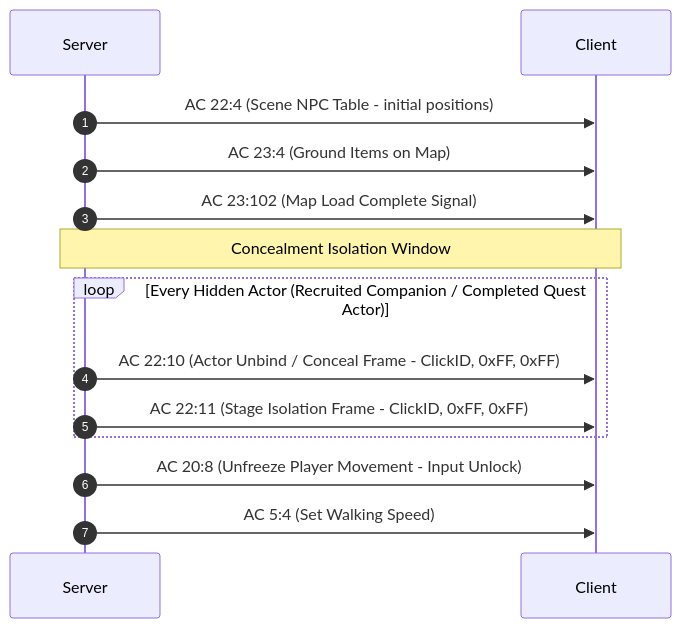
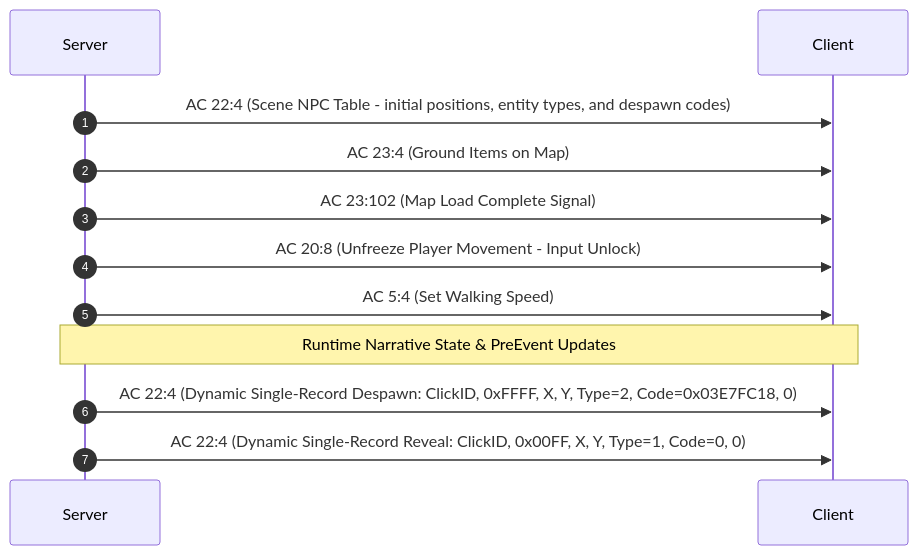
The diagram in docs/05_map_engine_and_entity_lifecycle.md (Eminbalci/Wonderland-Private-Server), drawn with Mermaid before and after one commit. The commit also changed other lines of this file and 11 other files, not shown here.

Commit message:
feat: implement map engine, quest system, dialogue interpreter, network action codes, and starter items

````diff
--- a/docs/05_map_engine_and_entity_lifecycle.md
+++ b/docs/05_map_engine_and_entity_lifecycle.md
@@ -44,17 +47,15 @@
 ```mermaid
 sequenceDiagram
     autonumber
     participant Server
     participant Client
 
-    Server->>Client: AC 22:4 (Scene NPC Table - initial positions)
+    Server->>Client: AC 22:4 (Scene NPC Table - initial positions, entity types, and despawn codes)
     Server->>Client: AC 23:4 (Ground Items on Map)
     Server->>Client: AC 23:102 (Map Load Complete Signal)
-    Note over Server,Client: Concealment Isolation Window
-    loop Every Hidden Actor (Recruited Companion / Completed Quest Actor)
-        Server->>Client: AC 22:10 (Actor Unbind / Conceal Frame - ClickID, 0xFF, 0xFF)
-        Server->>Client: AC 22:11 (Stage Isolation Frame - ClickID, 0xFF, 0xFF)
-    end
     Server->>Client: AC 20:8 (Unfreeze Player Movement - Input Unlock)
     Server->>Client: AC 5:4 (Set Walking Speed)
+    Note over Server,Client: Runtime Narrative State & PreEvent Updates
+    Server->>Client: AC 22:4 (Dynamic Single-Record Despawn: ClickID, 0xFFFF, X, Y, Type=2, Code=0x03E7FC18, 0)
+    Server->>Client: AC 22:4 (Dynamic Single-Record Reveal: ClickID, 0x00FF, X, Y, Type=1, Code=0, 0)
 ```
````
